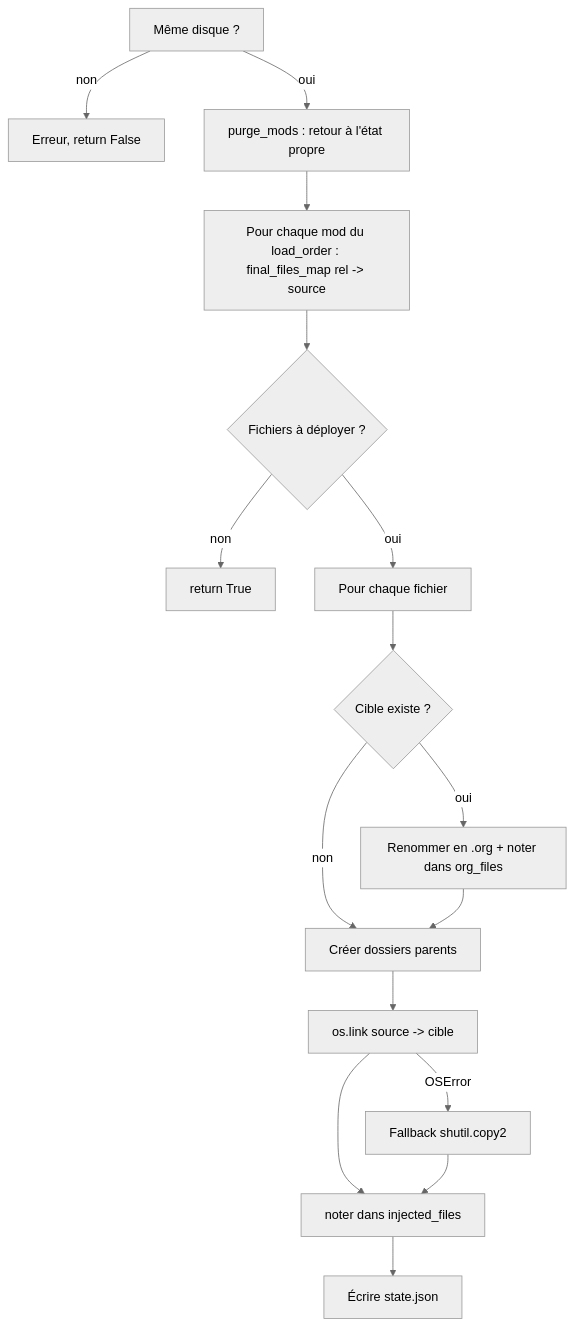
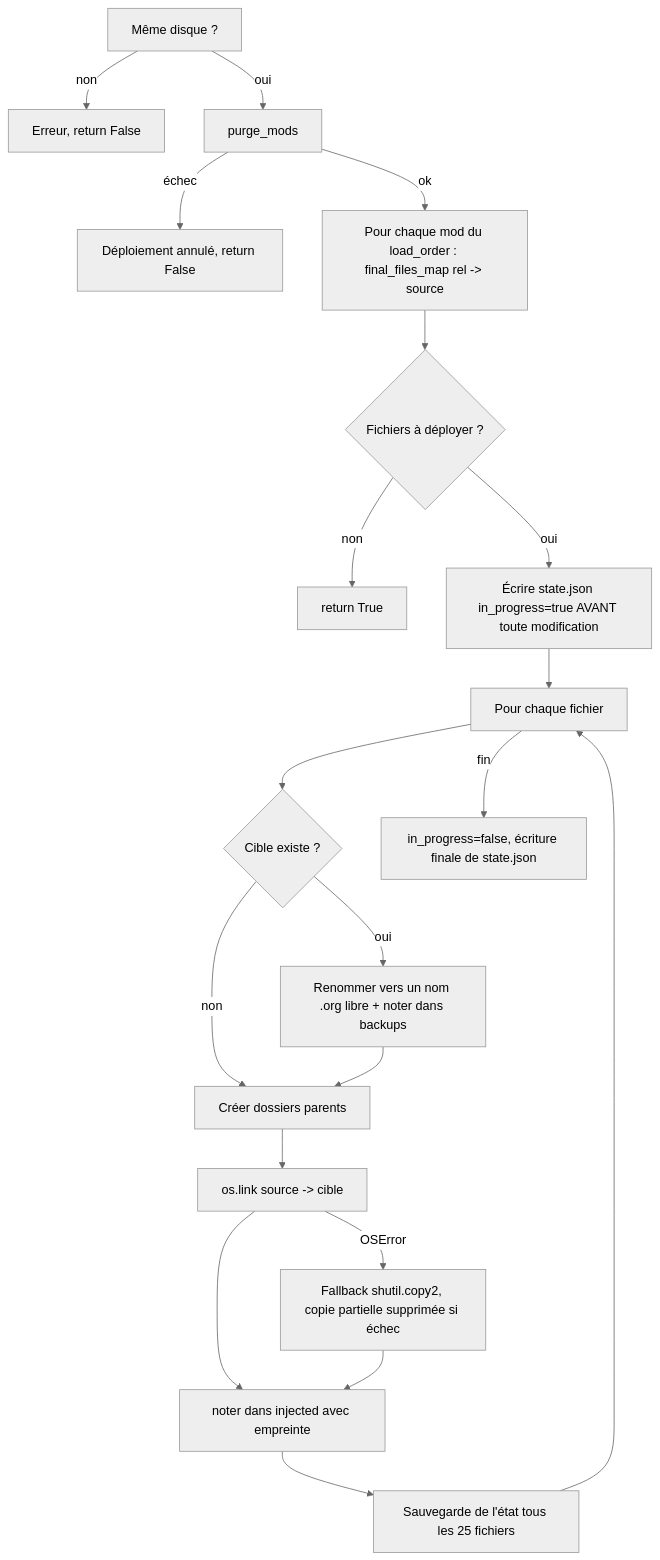
Before and after one commit to devcfk/ModInjector: the second of 2 diagrams in docs/ARCHITECTURE.md, drawn with Mermaid (neutral theme). The commit also changed other lines of this file and 11 other files, not shown here.

First line of the commit message:
feat: fiabilise le déploiement et la purge des mods

````diff
--- a/docs/ARCHITECTURE.md
+++ b/docs/ARCHITECTURE.md
@@ -114,18 +130,22 @@
 ```mermaid
 flowchart TD
     A[Même disque ?] -- non --> X[Erreur, return False]
-    A -- oui --> B[purge_mods : retour à l'état propre]
-    B --> C[Pour chaque mod du load_order : final_files_map rel -> source]
+    A -- oui --> B[purge_mods]
+    B -- échec --> X2[Déploiement annulé, return False]
+    B -- ok --> C[Pour chaque mod du load_order : final_files_map rel -> source]
     C --> D{Fichiers à déployer ?}
     D -- non --> E[return True]
-    D -- oui --> F[Pour chaque fichier]
+    D -- oui --> S[Écrire state.json in_progress=true AVANT toute modification]
+    S --> F[Pour chaque fichier]
     F --> G{Cible existe ?}
-    G -- oui --> H[Renommer en .org + noter dans org_files]
+    G -- oui --> H[Renommer vers un nom .org libre + noter dans backups]
     G -- non --> I
     H --> I[Créer dossiers parents]
     I --> J[os.link source -> cible]
-    J -- OSError --> K[Fallback shutil.copy2]
-    J --> L[noter dans injected_files]
+    J -- OSError --> K[Fallback shutil.copy2, copie partielle supprimée si échec]
+    J --> L[noter dans injected avec empreinte]
     K --> L
-    L --> M[Écrire state.json]
+    L --> M[Sauvegarde de l'état tous les 25 fichiers]
+    M --> F
+    F -- fin --> N[in_progress=false, écriture finale de state.json]
 ```
````
